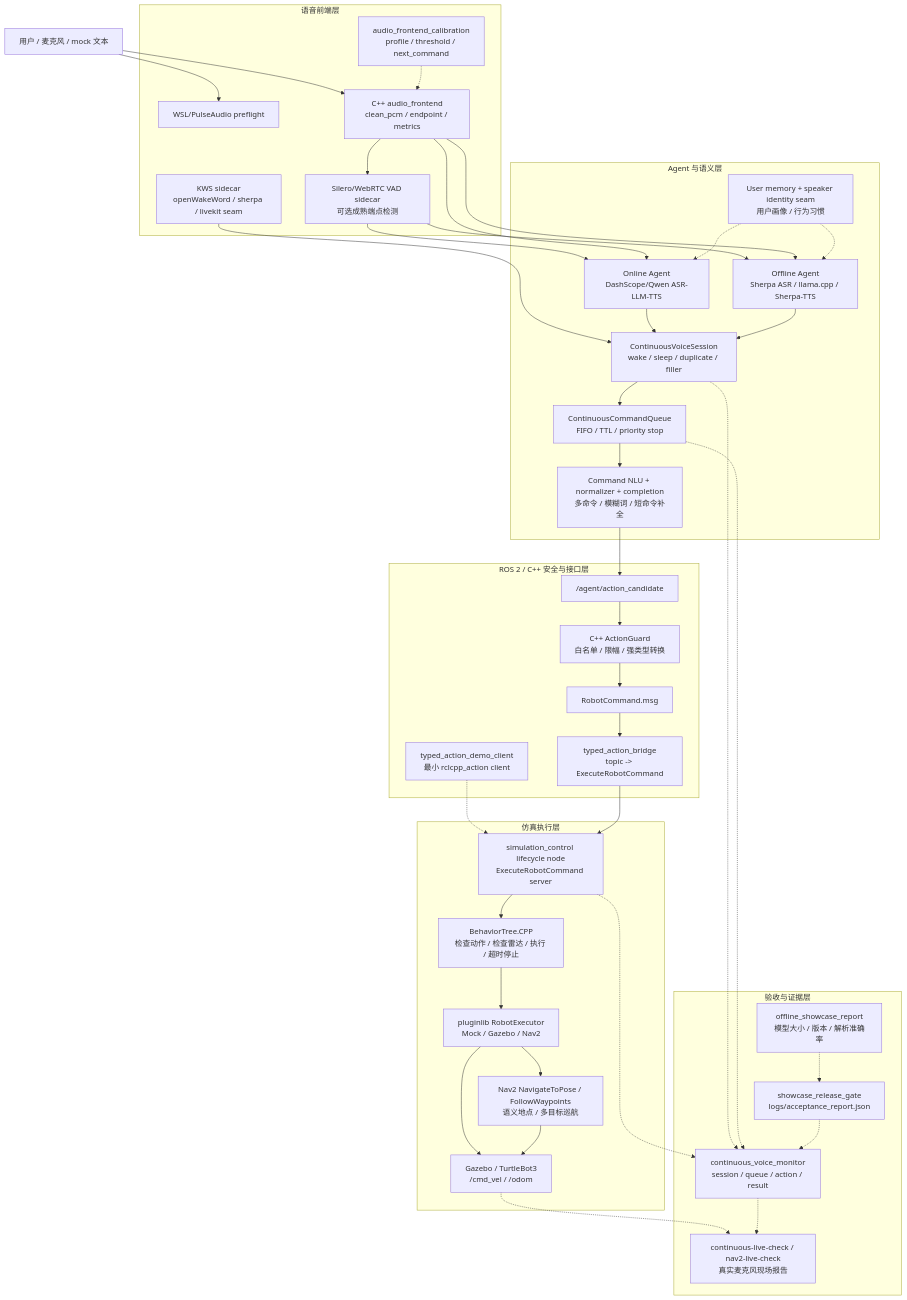
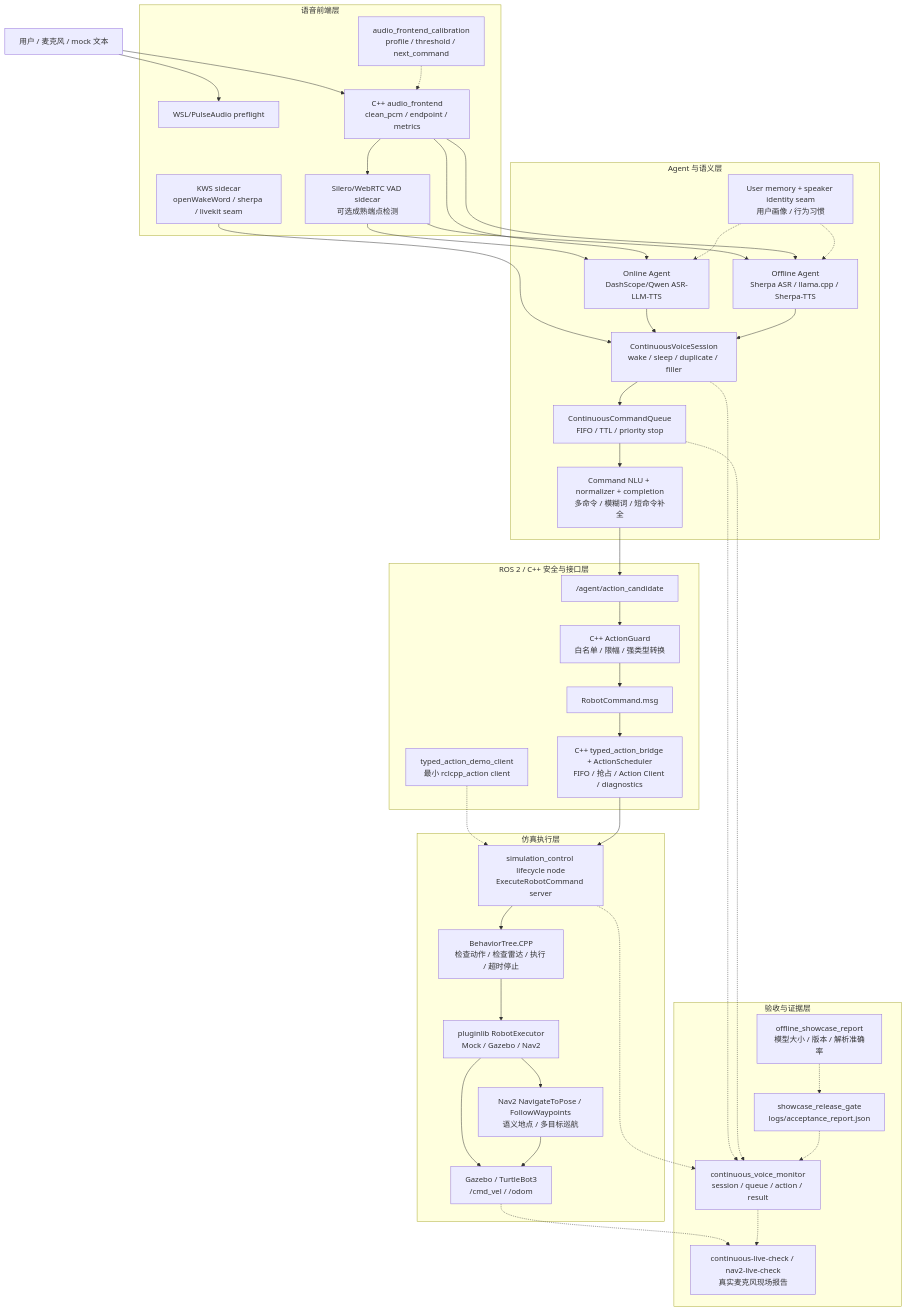
One commit to Edddddddddy/embodied_agent_ws changed the first of 2 diagrams in docs/FINAL_ARCHITECTURE_DIAGRAMS.md. Above: the diagram before and after it, drawn with Mermaid. The commit also changed other lines of this file and 32 other files, not shown here.

````diff
--- a/docs/FINAL_ARCHITECTURE_DIAGRAMS.md
+++ b/docs/FINAL_ARCHITECTURE_DIAGRAMS.md
@@ -11,82 +11,82 @@
 ```mermaid
 flowchart TB
   User["用户 / 麦克风 / mock 文本"]
 
   subgraph VoiceFrontend["语音前端层"]
     MicPreflight["WSL/PulseAudio preflight"]
     AudioFrontend["C++ audio_frontend<br/>clean_pcm / endpoint / metrics"]
     VadSidecar["Silero/WebRTC VAD sidecar<br/>可选成熟端点检测"]
     KwsSidecar["KWS sidecar<br/>openWakeWord / sherpa / livekit seam"]
     Calibration["audio_frontend_calibration<br/>profile / threshold / next_command"]
   end
 
   subgraph AgentLayer["Agent 与语义层"]
     OnlineAgent["Online Agent<br/>DashScope/Qwen ASR-LLM-TTS"]
     OfflineAgent["Offline Agent<br/>Sherpa ASR / llama.cpp / Sherpa-TTS"]
     Session["ContinuousVoiceSession<br/>wake / sleep / duplicate / filler"]
     Queue["ContinuousCommandQueue<br/>FIFO / TTL / priority stop"]
     NLU["Command NLU + normalizer + completion<br/>多命令 / 模糊词 / 短命令补全"]
     Memory["User memory + speaker identity seam<br/>用户画像 / 行为习惯"]
   end
 
   subgraph RosCppLayer["ROS 2 / C++ 安全与接口层"]
     Candidate["/agent/action_candidate"]
     ActionGuard["C++ ActionGuard<br/>白名单 / 限幅 / 强类型转换"]
     RobotCommand["RobotCommand.msg"]
-    ActionBridge["typed_action_bridge<br/>topic -> ExecuteRobotCommand"]
+    ActionBridge["C++ typed_action_bridge + ActionScheduler<br/>FIFO / 抢占 / Action Client / diagnostics"]
     DemoClient["typed_action_demo_client<br/>最小 rclcpp_action client"]
   end
 
   subgraph SimulationLayer["仿真执行层"]
     ActionServer["simulation_control lifecycle node<br/>ExecuteRobotCommand server"]
     BT["BehaviorTree.CPP<br/>检查动作 / 检查雷达 / 执行 / 超时停止"]
     Plugins["pluginlib RobotExecutor<br/>Mock / Gazebo / Nav2"]
     Gazebo["Gazebo / TurtleBot3<br/>/cmd_vel / /odom"]
     Nav2["Nav2 NavigateToPose / FollowWaypoints<br/>语义地点 / 多目标巡航"]
   end
 
   subgraph EvidenceLayer["验收与证据层"]
     Monitor["continuous_voice_monitor<br/>session / queue / action / result"]
     ReleaseGate["showcase_release_gate<br/>logs/acceptance_report.json"]
     OfflineReport["offline_showcase_report<br/>模型大小 / 版本 / 解析准确率"]
     LiveReport["continuous-live-check / nav2-live-check<br/>真实麦克风现场报告"]
   end
 
   User --> MicPreflight
   User --> AudioFrontend
   AudioFrontend --> VadSidecar
   VadSidecar --> OnlineAgent
   VadSidecar --> OfflineAgent
   AudioFrontend --> OnlineAgent
   AudioFrontend --> OfflineAgent
   KwsSidecar --> Session
   Calibration -.-> AudioFrontend
 
   OnlineAgent --> Session
   OfflineAgent --> Session
   Memory -.-> OnlineAgent
   Memory -.-> OfflineAgent
   Session --> Queue
   Queue --> NLU
   NLU --> Candidate
 
   Candidate --> ActionGuard
   ActionGuard --> RobotCommand
   RobotCommand --> ActionBridge
   DemoClient -.-> ActionServer
   ActionBridge --> ActionServer
 
   ActionServer --> BT
   BT --> Plugins
   Plugins --> Gazebo
   Plugins --> Nav2
   Nav2 --> Gazebo
 
   Session -.-> Monitor
   Queue -.-> Monitor
   ActionServer -.-> Monitor
   Gazebo -.-> LiveReport
   Monitor -.-> LiveReport
   ReleaseGate -.-> Monitor
   OfflineReport -.-> ReleaseGate
 ```
````
